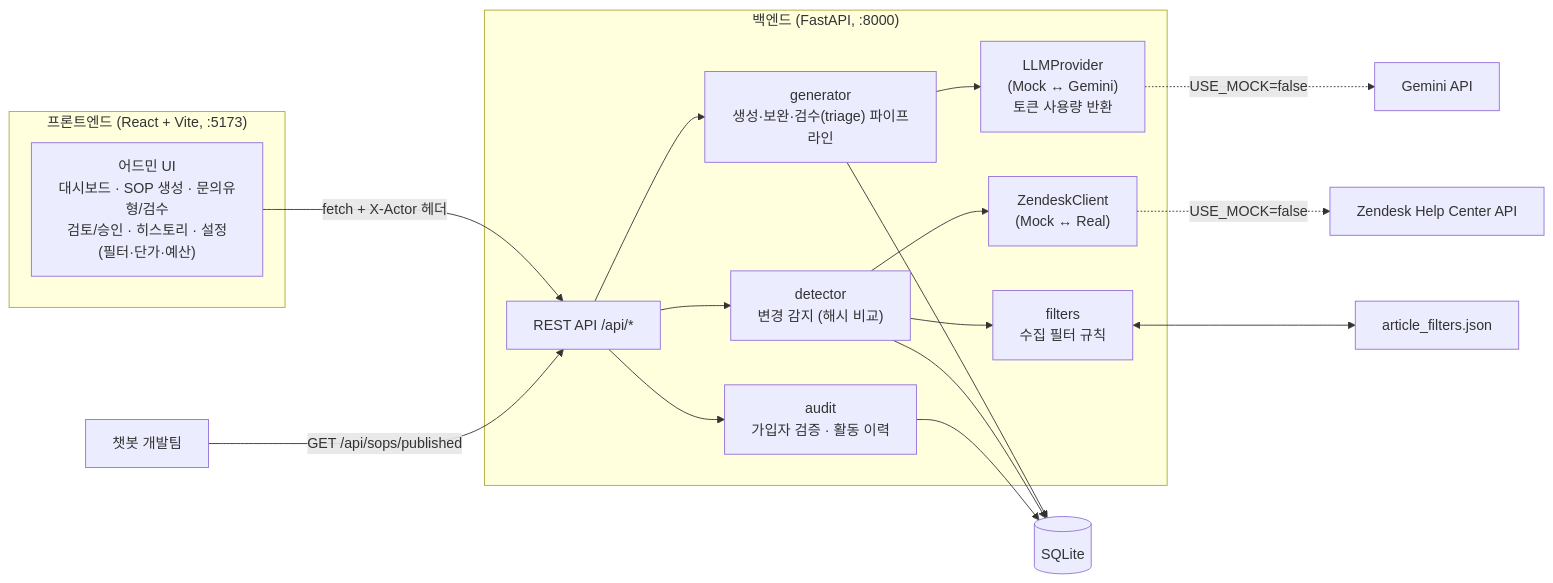
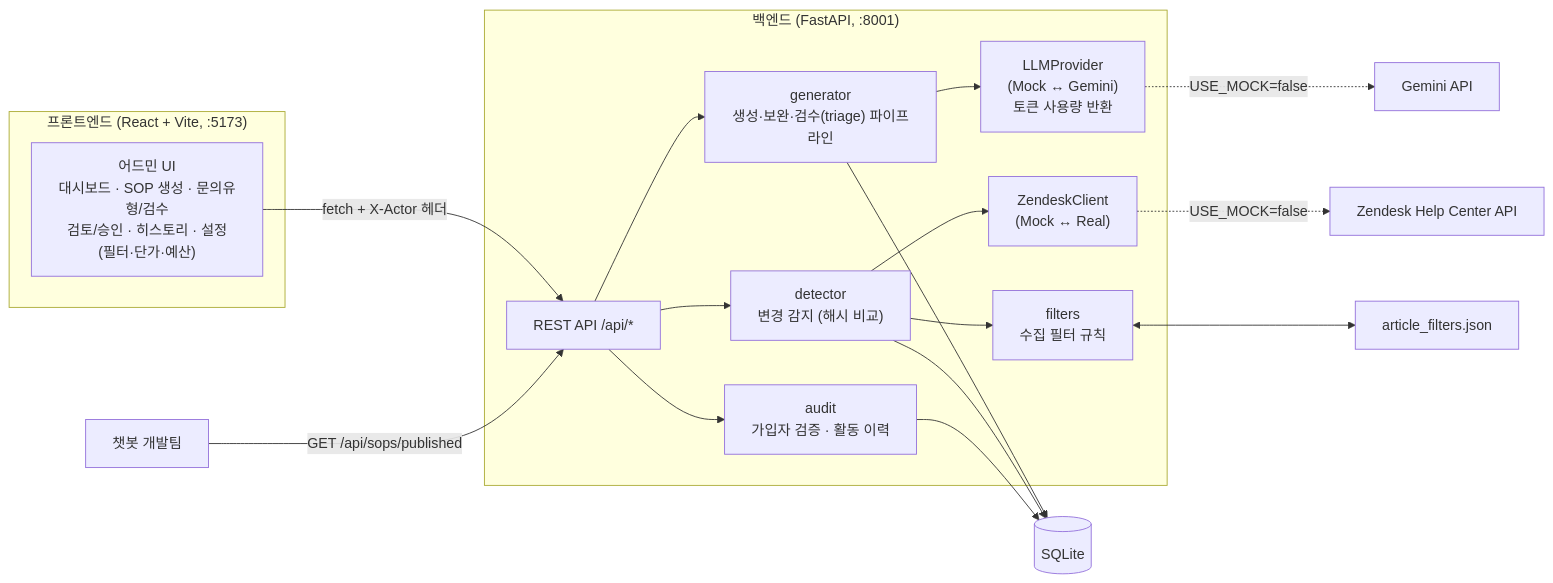
Before and after one commit to jinjjju/AI_SOP: the first of 6 diagrams in docs/ARCHITECTURE.md, drawn with Mermaid. The commit also changed 3 other files, not shown here.

````diff
--- a/docs/ARCHITECTURE.md
+++ b/docs/ARCHITECTURE.md
@@ -14,32 +14,32 @@
 ```mermaid
 flowchart LR
     subgraph Client["프론트엔드 (React + Vite, :5173)"]
         UI["어드민 UI<br/>대시보드 · SOP 생성 · 문의유형/검수<br/>검토/승인 · 히스토리 · 설정(필터·단가·예산)"]
     end
 
-    subgraph Server["백엔드 (FastAPI, :8000)"]
+    subgraph Server["백엔드 (FastAPI, :8001)"]
         API["REST API /api/*"]
         GEN["generator<br/>생성·보완·검수(triage) 파이프라인"]
         DET["detector<br/>변경 감지 (해시 비교)"]
         FIL["filters<br/>수집 필터 규칙"]
         AUD["audit<br/>가입자 검증 · 활동 이력"]
         ZC["ZendeskClient<br/>(Mock ↔ Real)"]
         LP["LLMProvider<br/>(Mock ↔ Gemini)<br/>토큰 사용량 반환"]
     end
 
     DB[("SQLite")]
     FJSON["article_filters.json"]
     ZD["Zendesk Help Center API"]
     GM["Gemini API"]
     DEV["챗봇 개발팀"]
 
     UI -- "fetch + X-Actor 헤더" --> API
     API --> GEN & DET & AUD
     GEN --> LP
     DET --> ZC & FIL
     FIL <--> FJSON
     GEN & DET & AUD --> DB
     ZC -. "USE_MOCK=false" .-> ZD
     LP -. "USE_MOCK=false" .-> GM
     DEV -- "GET /api/sops/published" --> API
 ```
````
